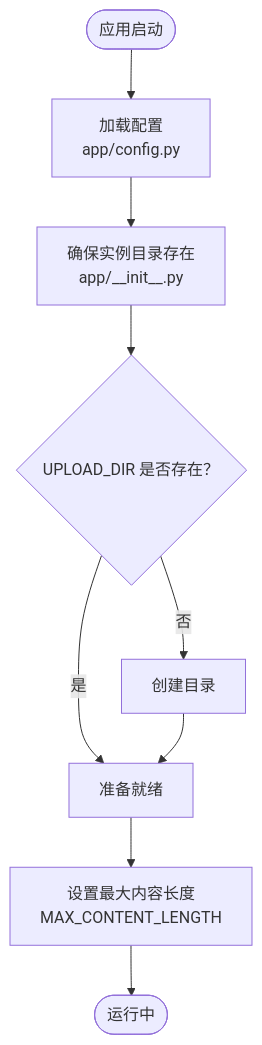
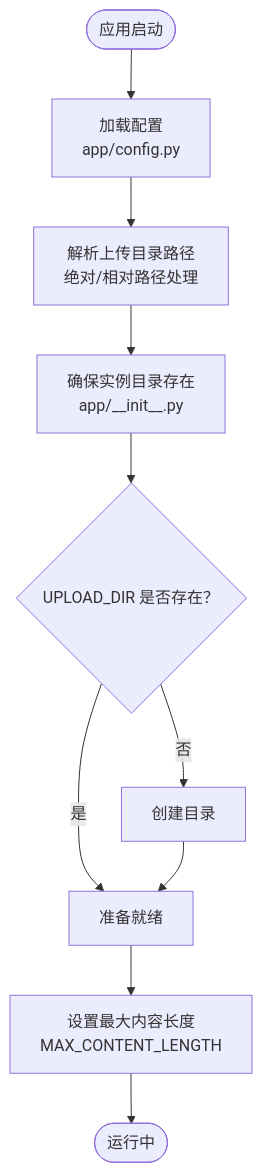
Before and after one commit to beyondalbert/my_wiki: the third of 6 diagrams in .qoder/repowiki/zh/content/配置管理/上传与安全配置.md, drawn with Mermaid. The commit also changed other lines of this file and 6 other files, not shown here.

````diff
--- a/.qoder/repowiki/zh/content/配置管理/上传与安全配置.md
+++ b/.qoder/repowiki/zh/content/配置管理/上传与安全配置.md
@@ -149,11 +160,12 @@
 ```mermaid
 flowchart TD
 Start(["应用启动"]) --> LoadCfg["加载配置<br/>app/config.py"]
-LoadCfg --> EnsureDirs["确保实例目录存在<br/>app/__init__.py"]
+LoadCfg --> ParsePath["解析上传目录路径<br/>绝对/相对路径处理"]
+ParsePath --> EnsureDirs["确保实例目录存在<br/>app/__init__.py"]
 EnsureDirs --> UploadDir{"UPLOAD_DIR 是否存在？"}
 UploadDir --> |否| CreateDir["创建目录"]
 UploadDir --> |是| Ready["准备就绪"]
 CreateDir --> Ready
 Ready --> MaxLen["设置最大内容长度<br/>MAX_CONTENT_LENGTH"]
 MaxLen --> End(["运行中"])
 ```
````
